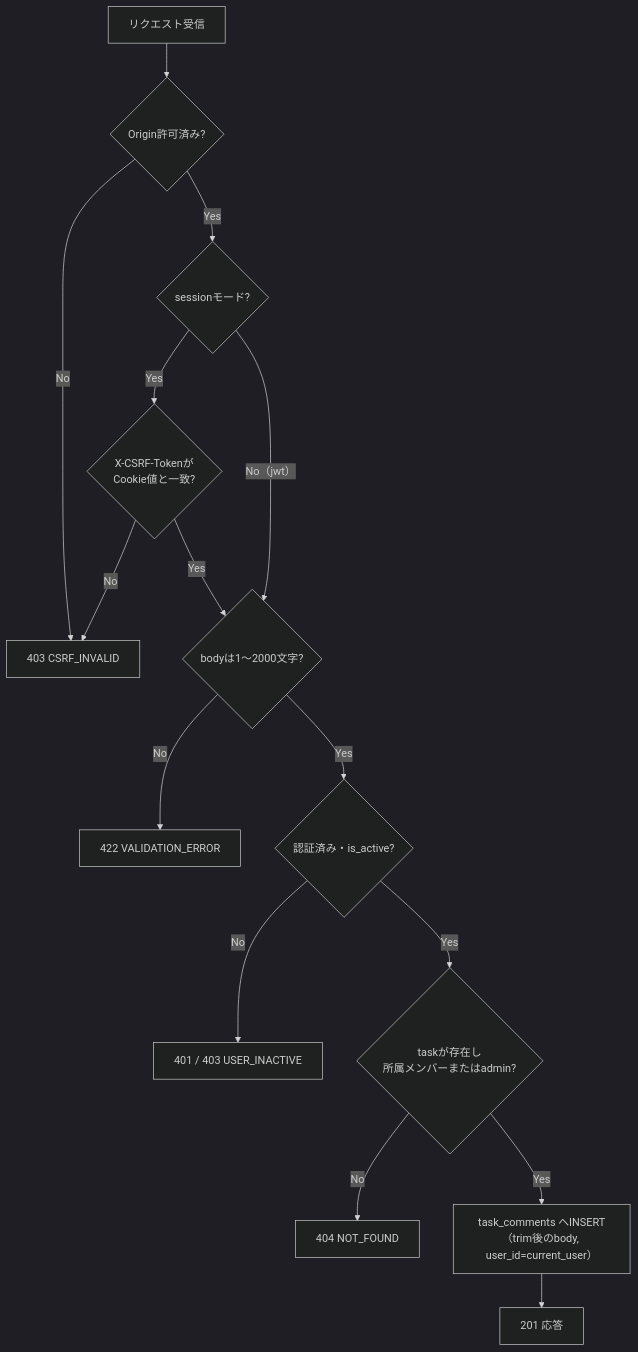
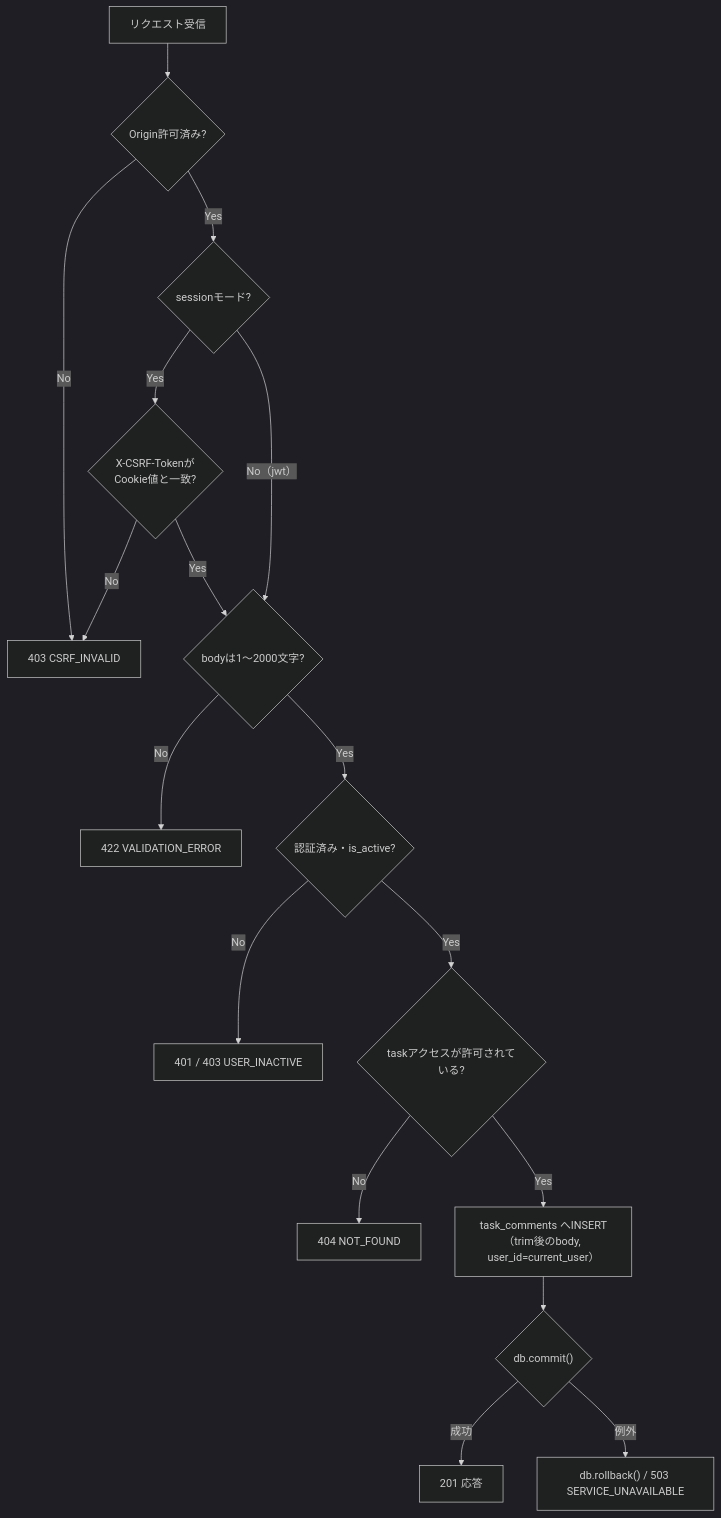
The second of 4 diagrams in docs/detailed_design/api/tasks/07_post_task_comments.md (oikawa-d/task_management), drawn with Mermaid (dark theme) before and after one commit. The commit also changed other lines of this file and 2 other files, not shown here.

````diff
--- a/docs/detailed_design/api/tasks/07_post_task_comments.md
+++ b/docs/detailed_design/api/tasks/07_post_task_comments.md
@@ -141,17 +148,19 @@
 ```mermaid
 flowchart TB
     A["リクエスト受信"] --> B{"Origin許可済み?"}
     B -->|"No"| B1["403 CSRF_INVALID"]
     B -->|"Yes"| C{"sessionモード?"}
     C -->|"Yes"| C1{"X-CSRF-Tokenが<br/>Cookie値と一致?"}
     C1 -->|"No"| B1
     C1 -->|"Yes"| D
     C -->|"No（jwt）"| D{"bodyは1〜2000文字?"}
     D -->|"No"| D1["422 VALIDATION_ERROR"]
     D -->|"Yes"| E{"認証済み・is_active?"}
     E -->|"No"| E1["401 / 403 USER_INACTIVE"]
-    E -->|"Yes"| F{"taskが存在し<br/>所属メンバーまたはadmin?"}
+    E -->|"Yes"| F{"taskアクセスが許可されている?"}
     F -->|"No"| F1["404 NOT_FOUND"]
     F -->|"Yes"| G["task_comments へINSERT<br/>（trim後のbody, user_id=current_user）"]
-    G --> H["201 応答"]
+    G --> H{"db.commit()"}
+    H -->|"成功"| I["201 応答"]
+    H -->|"例外"| J["db.rollback() / 503 SERVICE_UNAVAILABLE"]
 ```
````
